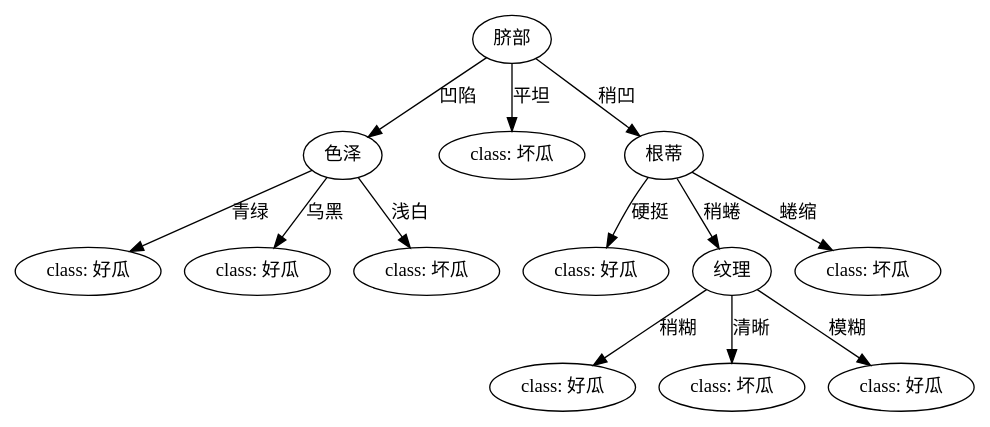
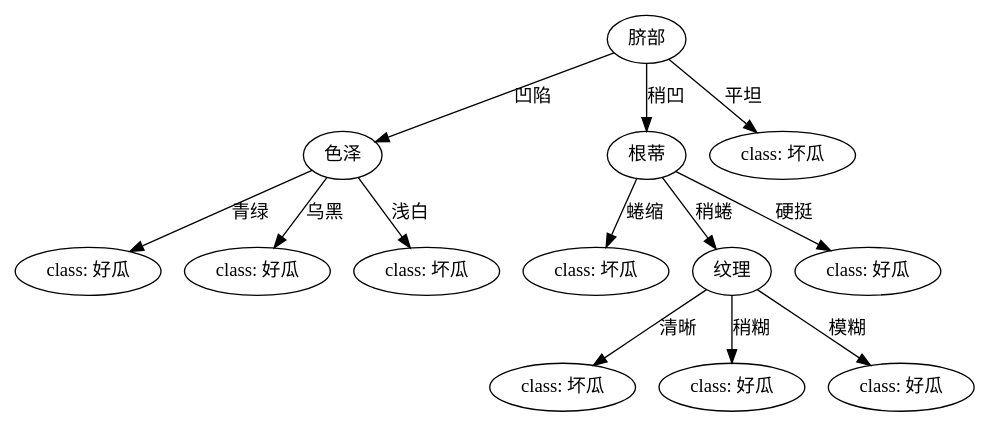
The diagram in decision_tree/submit/image/limit_MaxDepth-Gain-watermelon2.0.gv (11D-Beyonder/Machine-Learning-Coursework), drawn with Graphviz before and after one commit. The commit also changed 104 other files, not shown here.

```diff
--- a/decision_tree/submit/image/limit_MaxDepth-Gain-watermelon2.0.gv
+++ b/decision_tree/submit/image/limit_MaxDepth-Gain-watermelon2.0.gv
@@ -1,27 +1,27 @@
 digraph {
 	1 [label="脐部" fontname="Microsoft YaHei"]
 	1 -> 2 [label="凹陷" fontname="Microsoft YaHei"]
 	2 [label="色泽" fontname="Microsoft YaHei"]
 	2 -> 5 [label="青绿" fontname="Microsoft YaHei"]
 	5 [label="class: 好瓜" fontname="Microsoft YaHei"]
 	2 -> 6 [label="乌黑" fontname="Microsoft YaHei"]
 	6 [label="class: 好瓜" fontname="Microsoft YaHei"]
 	2 -> 7 [label="浅白" fontname="Microsoft YaHei"]
 	7 [label="class: 坏瓜" fontname="Microsoft YaHei"]
-	1 -> 3 [label="平坦" fontname="Microsoft YaHei"]
-	3 [label="class: 坏瓜" fontname="Microsoft YaHei"]
-	1 -> 4 [label="稍凹" fontname="Microsoft YaHei"]
-	4 [label="根蒂" fontname="Microsoft YaHei"]
-	4 -> 8 [label="硬挺" fontname="Microsoft YaHei"]
-	8 [label="class: 好瓜" fontname="Microsoft YaHei"]
-	4 -> 9 [label="稍蜷" fontname="Microsoft YaHei"]
+	1 -> 3 [label="稍凹" fontname="Microsoft YaHei"]
+	3 [label="根蒂" fontname="Microsoft YaHei"]
+	3 -> 8 [label="蜷缩" fontname="Microsoft YaHei"]
+	8 [label="class: 坏瓜" fontname="Microsoft YaHei"]
+	3 -> 9 [label="稍蜷" fontname="Microsoft YaHei"]
 	9 [label="纹理" fontname="Microsoft YaHei"]
-	9 -> 11 [label="稍糊" fontname="Microsoft YaHei"]
-	11 [label="class: 好瓜" fontname="Microsoft YaHei"]
-	9 -> 12 [label="清晰" fontname="Microsoft YaHei"]
-	12 [label="class: 坏瓜" fontname="Microsoft YaHei"]
+	9 -> 11 [label="清晰" fontname="Microsoft YaHei"]
+	11 [label="class: 坏瓜" fontname="Microsoft YaHei"]
+	9 -> 12 [label="稍糊" fontname="Microsoft YaHei"]
+	12 [label="class: 好瓜" fontname="Microsoft YaHei"]
 	9 -> 13 [label="模糊" fontname="Microsoft YaHei"]
 	13 [label="class: 好瓜" fontname="Microsoft YaHei"]
-	4 -> 10 [label="蜷缩" fontname="Microsoft YaHei"]
-	10 [label="class: 坏瓜" fontname="Microsoft YaHei"]
+	3 -> 10 [label="硬挺" fontname="Microsoft YaHei"]
+	10 [label="class: 好瓜" fontname="Microsoft YaHei"]
+	1 -> 4 [label="平坦" fontname="Microsoft YaHei"]
+	4 [label="class: 坏瓜" fontname="Microsoft YaHei"]
 }
```
